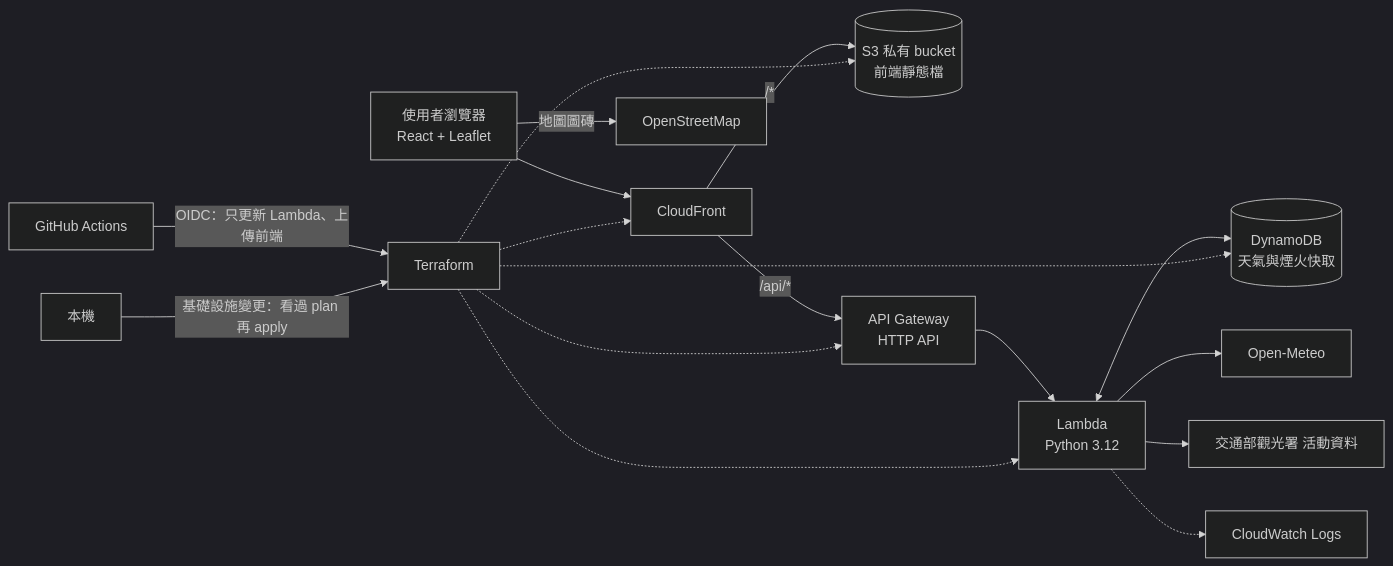
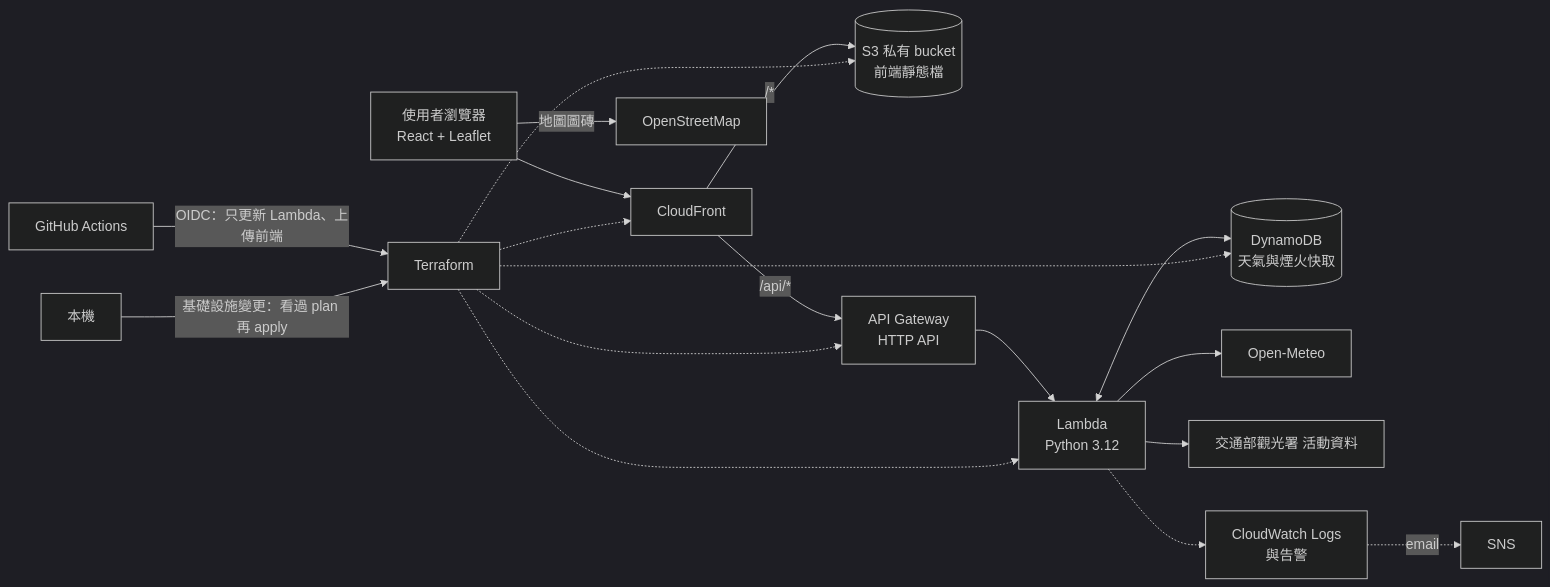
One commit to kaisensei1206/weathercast-cloud changed the second of 2 diagrams in README.md. Above: the diagram before and after it, drawn with Mermaid (dark theme). The commit also changed other lines of this file and 15 other files, not shown here.

First line of the commit message:
Add CloudWatch alarms, per-route throttle and cache outage protection

````diff
--- a/README.md
+++ b/README.md
@@ -86,15 +86,16 @@
 ```mermaid
 flowchart LR
   U[使用者瀏覽器<br/>React + Leaflet] --> CF[CloudFront]
   U -- 地圖圖磚 --> OSM[OpenStreetMap]
   CF -- "/*" --> S3[(S3 私有 bucket<br/>前端靜態檔)]
   CF -- "/api/*" --> APIGW[API Gateway<br/>HTTP API]
   APIGW --> L[Lambda<br/>Python 3.12]
   L <--> DDB[(DynamoDB<br/>天氣與煙火快取)]
   L --> OM[Open-Meteo]
   L --> TW[交通部觀光署 活動資料]
-  L -.-> CW[CloudWatch Logs]
+  L -.-> CW[CloudWatch Logs<br/>與告警]
+  CW -. email .-> SNS[SNS]
   GA[GitHub Actions] -- "OIDC：只更新 Lambda、上傳前端" --> TF[Terraform]
   PC[本機] -- "基礎設施變更：看過 plan 再 apply" --> TF
   TF -.-> CF & APIGW & L & DDB & S3
 ```
````
